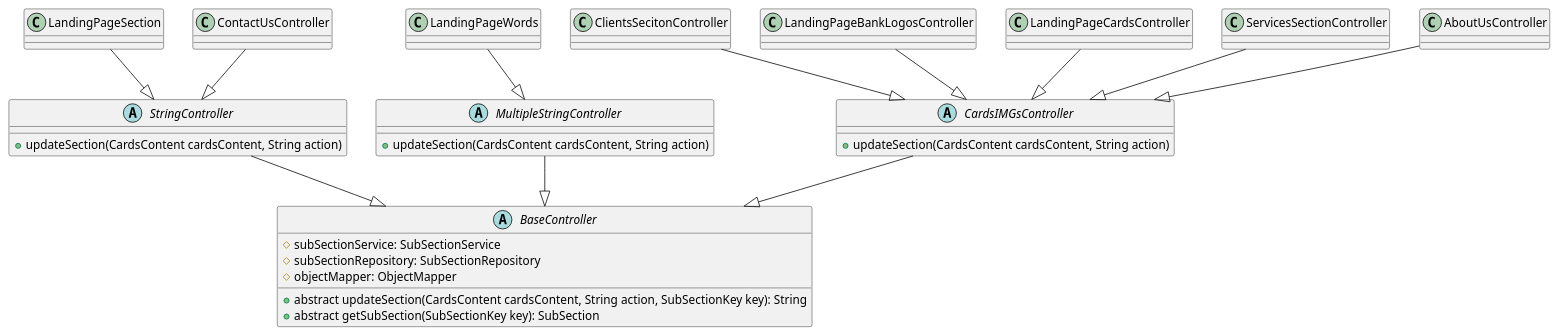
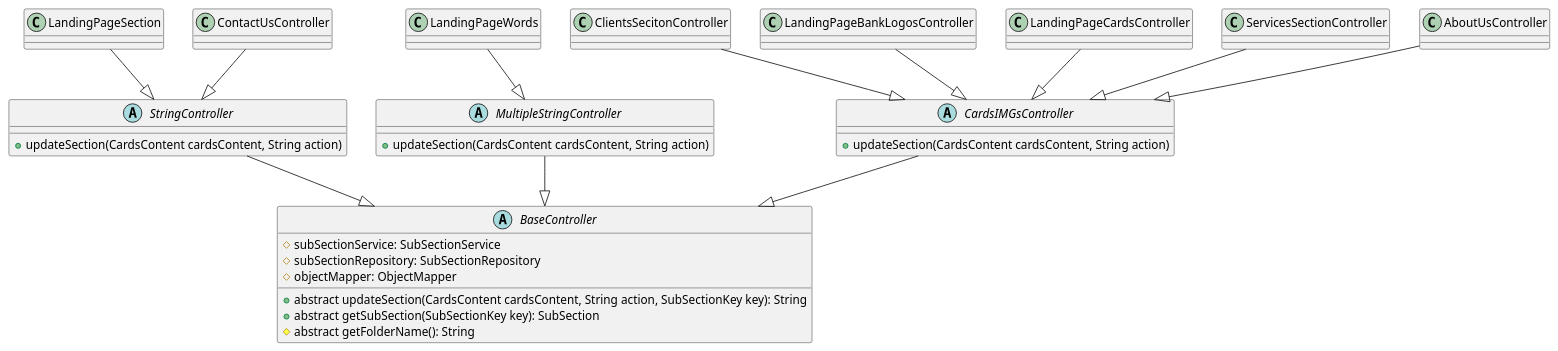
One commit to aamer867/el.waleed-api changed the diagram in docs/uml/cardsIMGsController.puml. Above: the diagram before and after it, drawn with PlantUML. The commit also changed 9 other files, not shown here.

```diff
--- a/docs/uml/cardsIMGsController.puml
+++ b/docs/uml/cardsIMGsController.puml
@@ -1,35 +1,36 @@
 @startuml
 abstract class BaseController {
     #subSectionService: SubSectionService
     #subSectionRepository: SubSectionRepository
     #objectMapper: ObjectMapper
 
     + abstract updateSection(CardsContent cardsContent, String action, SubSectionKey key): String
     + abstract getSubSection(SubSectionKey key): SubSection
+    # abstract getFolderName(): String
 }
 
 abstract class StringController {
     + updateSection(CardsContent cardsContent, String action)
 }
 abstract class MultipleStringController {
     + updateSection(CardsContent cardsContent, String action)
 }
 LandingPageWords --|> MultipleStringController
 LandingPageSection --|> StringController
 ContactUsController --|> StringController
 StringController --|> BaseController
 MultipleStringController --|> BaseController
 
 abstract class CardsIMGsController {
     + updateSection(CardsContent cardsContent, String action)
 }
 
 CardsIMGsController --|> BaseController
 
 ClientsSecitonController --|> CardsIMGsController
 LandingPageBankLogosController --|> CardsIMGsController
 LandingPageCardsController --|> CardsIMGsController
 ServicesSectionController --|> CardsIMGsController
 AboutUsController --|> CardsIMGsController
 
 @enduml
```
